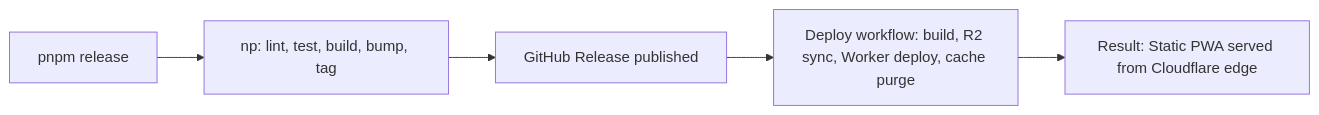
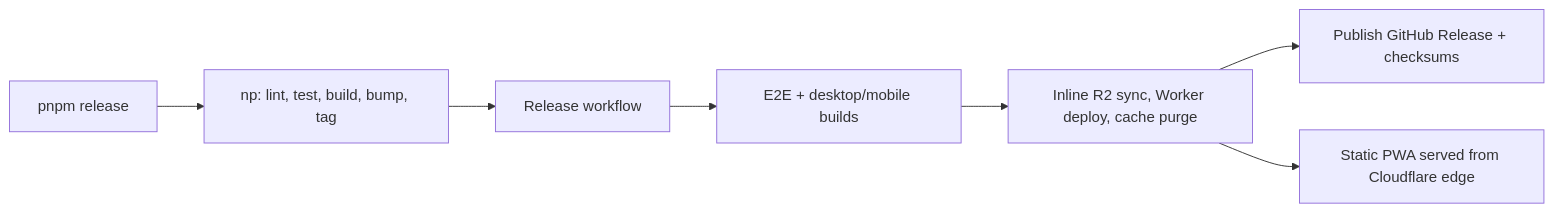
Before and after one commit to forwardemail/mail.forwardemail.net: the first of 5 diagrams in docs/deployment-checklist.md, drawn with Mermaid. The commit also changed other lines of this file and 6 other files, not shown here.

First line of the commit message:
docs: synchronize CI credentials and release workflow guidance

````diff
--- a/docs/deployment-checklist.md
+++ b/docs/deployment-checklist.md
@@ -6,6 +6,8 @@
 ```mermaid
 flowchart LR
-    A["pnpm release"] --> B["np: lint, test, build, bump, tag"] --> C["GitHub Release published"]
-    C --> D["Deploy workflow: build, R2 sync, Worker deploy, cache purge"]
-    D --> E["Result: Static PWA served from Cloudflare edge"]
+    A["pnpm release"] --> B["np: lint, test, build, bump, tag"] --> C["Release workflow"]
+    C --> D["E2E + desktop/mobile builds"]
+    D --> E["Inline R2 sync, Worker deploy, cache purge"]
+    E --> F["Publish GitHub Release + checksums"]
+    E --> G["Static PWA served from Cloudflare edge"]
 ```
````
